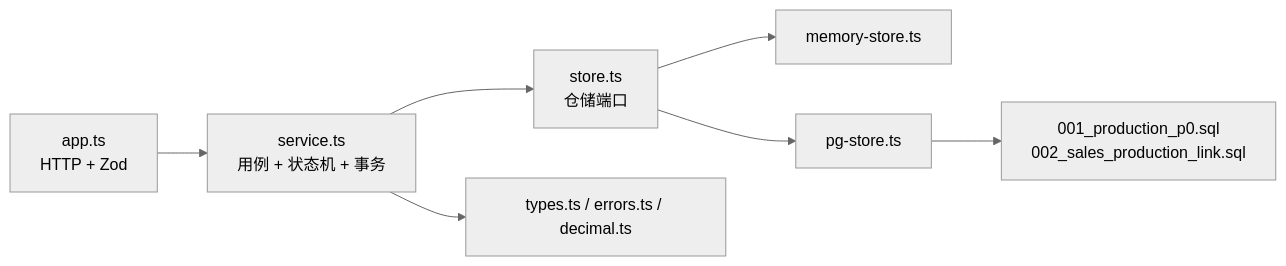
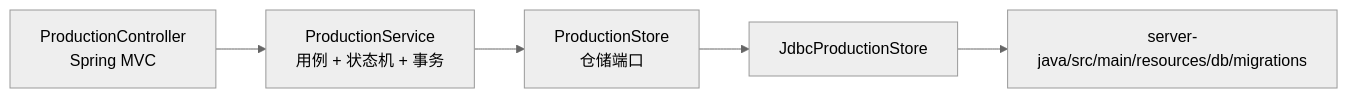
One commit to keria1997/industrial-AI- changed the second of 6 diagrams in docs/架构.md. Above: the diagram before and after it, drawn with Mermaid (neutral theme). The commit also changed other lines of this file and 301 other files, not shown here.

````diff
--- a/docs/架构.md
+++ b/docs/架构.md
@@ -74,9 +88,7 @@
 ```mermaid
 flowchart LR
-  ROUTE["app.ts\nHTTP + Zod"] --> SVC["service.ts\n用例 + 状态机 + 事务"]
-  SVC --> PORT["store.ts\n仓储端口"]
-  PORT --> MEM["memory-store.ts"]
-  PORT --> PGSTORE["pg-store.ts"]
-  SVC --> TYPES["types.ts / errors.ts / decimal.ts"]
-  PGSTORE --> MIG["001_production_p0.sql\n002_sales_production_link.sql"]
+  ROUTE["ProductionController\nSpring MVC"] --> SVC["ProductionService\n用例 + 状态机 + 事务"]
+  SVC --> PORT["ProductionStore\n仓储端口"]
+  PORT --> PGSTORE["JdbcProductionStore"]
+  PGSTORE --> MIG["server-java/src/main/resources/db/migrations"]
 ```
````
